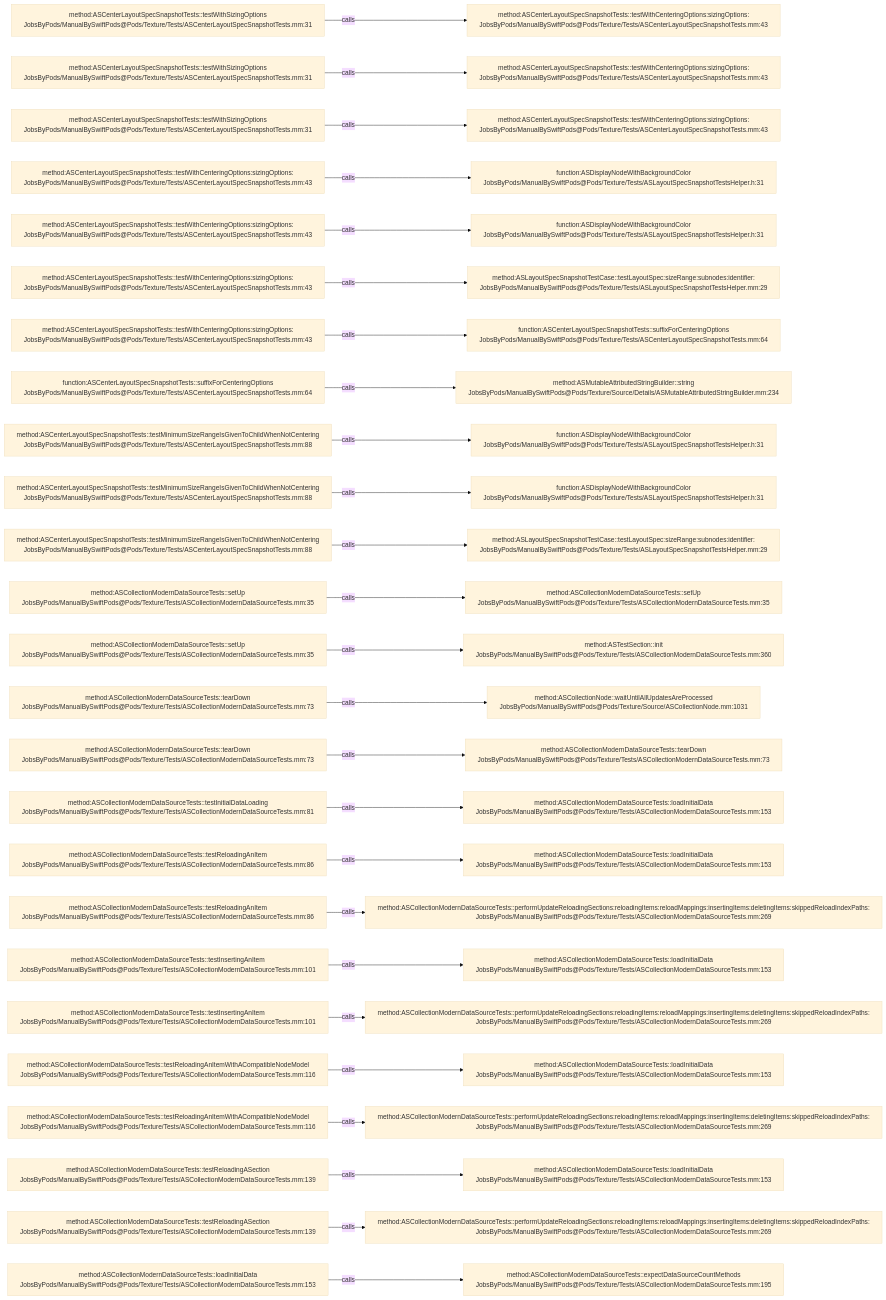
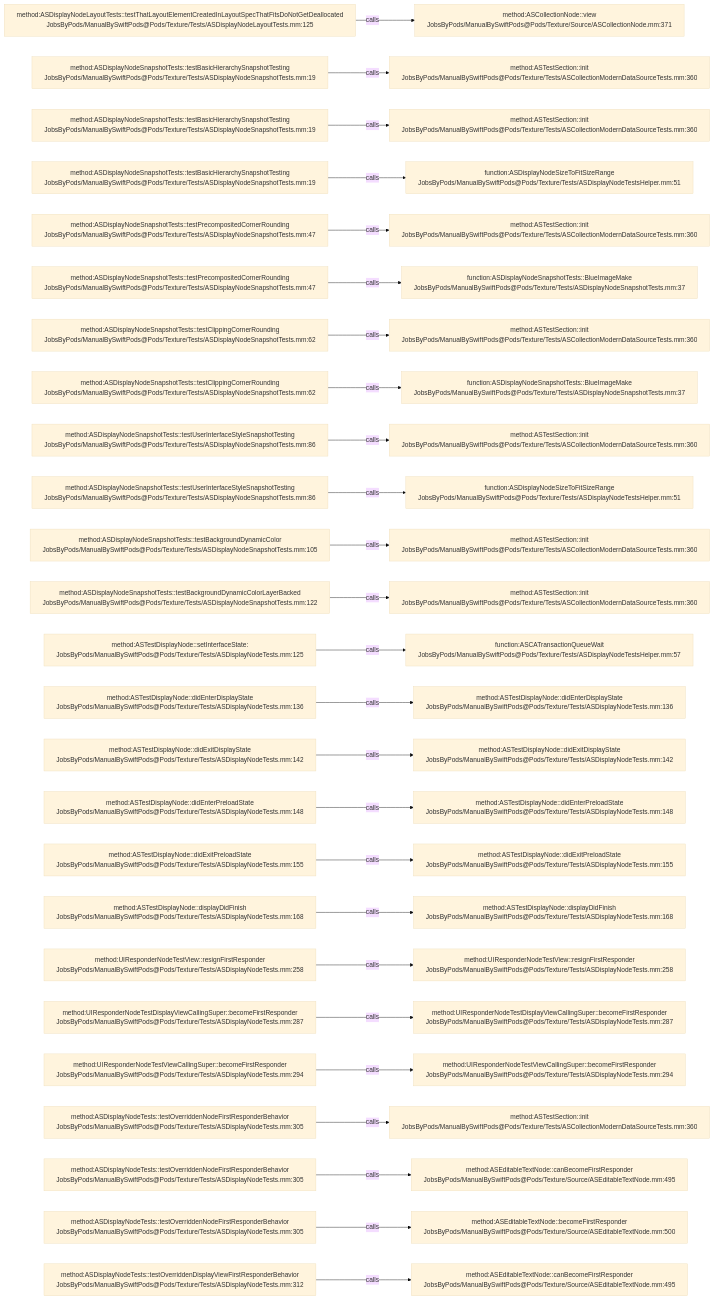
The diagram in .codegraph/codegraph.md/graphs/calls-186.md (JobsKits/JobsSwiftBaseConfigDemo), drawn with Mermaid (base theme) before and after one commit. The commit also changed 832 other files, not shown here.

````diff
--- a/.codegraph/codegraph.md/graphs/calls-186.md
+++ b/.codegraph/codegraph.md/graphs/calls-186.md
@@ -13,78 +13,78 @@
 ```mermaid
 flowchart LR
-  S1["method:ASCenterLayoutSpecSnapshotTests::testWithSizingOptions<br/>JobsByPods/ManualBySwiftPods@Pods/Texture/Tests/ASCenterLayoutSpecSnapshotTests.mm:31"]
-  T1["method:ASCenterLayoutSpecSnapshotTests::testWithCenteringOptions:sizingOptions:<br/>JobsByPods/ManualBySwiftPods@Pods/Texture/Tests/ASCenterLayoutSpecSnapshotTests.mm:43"]
+  S1["method:ASDisplayNodeLayoutTests::testThatLayoutElementCreatedInLayoutSpecThatFitsDoNotGetDeallocated<br/>JobsByPods/ManualBySwiftPods@Pods/Texture/Tests/ASDisplayNodeLayoutTests.mm:125"]
+  T1["method:ASCollectionNode::view<br/>JobsByPods/ManualBySwiftPods@Pods/Texture/Source/ASCollectionNode.mm:371"]
   S1 -->|calls| T1
-  S2["method:ASCenterLayoutSpecSnapshotTests::testWithSizingOptions<br/>JobsByPods/ManualBySwiftPods@Pods/Texture/Tests/ASCenterLayoutSpecSnapshotTests.mm:31"]
-  T2["method:ASCenterLayoutSpecSnapshotTests::testWithCenteringOptions:sizingOptions:<br/>JobsByPods/ManualBySwiftPods@Pods/Texture/Tests/ASCenterLayoutSpecSnapshotTests.mm:43"]
+  S2["method:ASDisplayNodeSnapshotTests::testBasicHierarchySnapshotTesting<br/>JobsByPods/ManualBySwiftPods@Pods/Texture/Tests/ASDisplayNodeSnapshotTests.mm:19"]
+  T2["method:ASTestSection::init<br/>JobsByPods/ManualBySwiftPods@Pods/Texture/Tests/ASCollectionModernDataSourceTests.mm:360"]
   S2 -->|calls| T2
-  S3["method:ASCenterLayoutSpecSnapshotTests::testWithSizingOptions<br/>JobsByPods/ManualBySwiftPods@Pods/Texture/Tests/ASCenterLayoutSpecSnapshotTests.mm:31"]
-  T3["method:ASCenterLayoutSpecSnapshotTests::testWithCenteringOptions:sizingOptions:<br/>JobsByPods/ManualBySwiftPods@Pods/Texture/Tests/ASCenterLayoutSpecSnapshotTests.mm:43"]
+  S3["method:ASDisplayNodeSnapshotTests::testBasicHierarchySnapshotTesting<br/>JobsByPods/ManualBySwiftPods@Pods/Texture/Tests/ASDisplayNodeSnapshotTests.mm:19"]
+  T3["method:ASTestSection::init<br/>JobsByPods/ManualBySwiftPods@Pods/Texture/Tests/ASCollectionModernDataSourceTests.mm:360"]
   S3 -->|calls| T3
-  S4["method:ASCenterLayoutSpecSnapshotTests::testWithCenteringOptions:sizingOptions:<br/>JobsByPods/ManualBySwiftPods@Pods/Texture/Tests/ASCenterLayoutSpecSnapshotTests.mm:43"]
-  T4["function:ASDisplayNodeWithBackgroundColor<br/>JobsByPods/ManualBySwiftPods@Pods/Texture/Tests/ASLayoutSpecSnapshotTestsHelper.h:31"]
+  S4["method:ASDisplayNodeSnapshotTests::testBasicHierarchySnapshotTesting<br/>JobsByPods/ManualBySwiftPods@Pods/Texture/Tests/ASDisplayNodeSnapshotTests.mm:19"]
+  T4["function:ASDisplayNodeSizeToFitSizeRange<br/>JobsByPods/ManualBySwiftPods@Pods/Texture/Tests/ASDisplayNodeTestsHelper.mm:51"]
   S4 -->|calls| T4
-  S5["method:ASCenterLayoutSpecSnapshotTests::testWithCenteringOptions:sizingOptions:<br/>JobsByPods/ManualBySwiftPods@Pods/Texture/Tests/ASCenterLayoutSpecSnapshotTests.mm:43"]
-  T5["function:ASDisplayNodeWithBackgroundColor<br/>JobsByPods/ManualBySwiftPods@Pods/Texture/Tests/ASLayoutSpecSnapshotTestsHelper.h:31"]
+  S5["method:ASDisplayNodeSnapshotTests::testPrecompositedCornerRounding<br/>JobsByPods/ManualBySwiftPods@Pods/Texture/Tests/ASDisplayNodeSnapshotTests.mm:47"]
+  T5["method:ASTestSection::init<br/>JobsByPods/ManualBySwiftPods@Pods/Texture/Tests/ASCollectionModernDataSourceTests.mm:360"]
   S5 -->|calls| T5
-  S6["method:ASCenterLayoutSpecSnapshotTests::testWithCenteringOptions:sizingOptions:<br/>JobsByPods/ManualBySwiftPods@Pods/Texture/Tests/ASCenterLayoutSpecSnapshotTests.mm:43"]
-  T6["method:ASLayoutSpecSnapshotTestCase::testLayoutSpec:sizeRange:subnodes:identifier:<br/>JobsByPods/ManualBySwiftPods@Pods/Texture/Tests/ASLayoutSpecSnapshotTestsHelper.mm:29"]
+  S6["method:ASDisplayNodeSnapshotTests::testPrecompositedCornerRounding<br/>JobsByPods/ManualBySwiftPods@Pods/Texture/Tests/ASDisplayNodeSnapshotTests.mm:47"]
+  T6["function:ASDisplayNodeSnapshotTests::BlueImageMake<br/>JobsByPods/ManualBySwiftPods@Pods/Texture/Tests/ASDisplayNodeSnapshotTests.mm:37"]
   S6 -->|calls| T6
-  S7["method:ASCenterLayoutSpecSnapshotTests::testWithCenteringOptions:sizingOptions:<br/>JobsByPods/ManualBySwiftPods@Pods/Texture/Tests/ASCenterLayoutSpecSnapshotTests.mm:43"]
-  T7["function:ASCenterLayoutSpecSnapshotTests::suffixForCenteringOptions<br/>JobsByPods/ManualBySwiftPods@Pods/Texture/Tests/ASCenterLayoutSpecSnapshotTests.mm:64"]
+  S7["method:ASDisplayNodeSnapshotTests::testClippingCornerRounding<br/>JobsByPods/ManualBySwiftPods@Pods/Texture/Tests/ASDisplayNodeSnapshotTests.mm:62"]
+  T7["method:ASTestSection::init<br/>JobsByPods/ManualBySwiftPods@Pods/Texture/Tests/ASCollectionModernDataSourceTests.mm:360"]
   S7 -->|calls| T7
-  S8["function:ASCenterLayoutSpecSnapshotTests::suffixForCenteringOptions<br/>JobsByPods/ManualBySwiftPods@Pods/Texture/Tests/ASCenterLayoutSpecSnapshotTests.mm:64"]
-  T8["method:ASMutableAttributedStringBuilder::string<br/>JobsByPods/ManualBySwiftPods@Pods/Texture/Source/Details/ASMutableAttributedStringBuilder.mm:234"]
+  S8["method:ASDisplayNodeSnapshotTests::testClippingCornerRounding<br/>JobsByPods/ManualBySwiftPods@Pods/Texture/Tests/ASDisplayNodeSnapshotTests.mm:62"]
+  T8["function:ASDisplayNodeSnapshotTests::BlueImageMake<br/>JobsByPods/ManualBySwiftPods@Pods/Texture/Tests/ASDisplayNodeSnapshotTests.mm:37"]
   S8 -->|calls| T8
-  S9["method:ASCenterLayoutSpecSnapshotTests::testMinimumSizeRangeIsGivenToChildWhenNotCentering<br/>JobsByPods/ManualBySwiftPods@Pods/Texture/Tests/ASCenterLayoutSpecSnapshotTests.mm:88"]
-  T9["function:ASDisplayNodeWithBackgroundColor<br/>JobsByPods/ManualBySwiftPods@Pods/Texture/Tests/ASLayoutSpecSnapshotTestsHelper.h:31"]
+  S9["method:ASDisplayNodeSnapshotTests::testUserInterfaceStyleSnapshotTesting<br/>JobsByPods/ManualBySwiftPods@Pods/Texture/Tests/ASDisplayNodeSnapshotTests.mm:86"]
+  T9["method:ASTestSection::init<br/>JobsByPods/ManualBySwiftPods@Pods/Texture/Tests/ASCollectionModernDataSourceTests.mm:360"]
   S9 -->|calls| T9
-  S10["method:ASCenterLayoutSpecSnapshotTests::testMinimumSizeRangeIsGivenToChildWhenNotCentering<br/>JobsByPods/ManualBySwiftPods@Pods/Texture/Tests/ASCenterLayoutSpecSnapshotTests.mm:88"]
-  T10["function:ASDisplayNodeWithBackgroundColor<br/>JobsByPods/ManualBySwiftPods@Pods/Texture/Tests/ASLayoutSpecSnapshotTestsHelper.h:31"]
+  S10["method:ASDisplayNodeSnapshotTests::testUserInterfaceStyleSnapshotTesting<br/>JobsByPods/ManualBySwiftPods@Pods/Texture/Tests/ASDisplayNodeSnapshotTests.mm:86"]
+  T10["function:ASDisplayNodeSizeToFitSizeRange<br/>JobsByPods/ManualBySwiftPods@Pods/Texture/Tests/ASDisplayNodeTestsHelper.mm:51"]
   S10 -->|calls| T10
-  S11["method:ASCenterLayoutSpecSnapshotTests::testMinimumSizeRangeIsGivenToChildWhenNotCentering<br/>JobsByPods/ManualBySwiftPods@Pods/Texture/Tests/ASCenterLayoutSpecSnapshotTests.mm:88"]
-  T11["method:ASLayoutSpecSnapshotTestCase::testLayoutSpec:sizeRange:subnodes:identifier:<br/>JobsByPods/ManualBySwiftPods@Pods/Texture/Tests/ASLayoutSpecSnapshotTestsHelper.mm:29"]
+  S11["method:ASDisplayNodeSnapshotTests::testBackgroundDynamicColor<br/>JobsByPods/ManualBySwiftPods@Pods/Texture/Tests/ASDisplayNodeSnapshotTests.mm:105"]
+  T11["method:ASTestSection::init<br/>JobsByPods/ManualBySwiftPods@Pods/Texture/Tests/ASCollectionModernDataSourceTests.mm:360"]
   S11 -->|calls| T11
-  S12["method:ASCollectionModernDataSourceTests::setUp<br/>JobsByPods/ManualBySwiftPods@Pods/Texture/Tests/ASCollectionModernDataSourceTests.mm:35"]
-  T12["method:ASCollectionModernDataSourceTests::setUp<br/>JobsByPods/ManualBySwiftPods@Pods/Texture/Tests/ASCollectionModernDataSourceTests.mm:35"]
+  S12["method:ASDisplayNodeSnapshotTests::testBackgroundDynamicColorLayerBacked<br/>JobsByPods/ManualBySwiftPods@Pods/Texture/Tests/ASDisplayNodeSnapshotTests.mm:122"]
+  T12["method:ASTestSection::init<br/>JobsByPods/ManualBySwiftPods@Pods/Texture/Tests/ASCollectionModernDataSourceTests.mm:360"]
   S12 -->|calls| T12
-  S13["method:ASCollectionModernDataSourceTests::setUp<br/>JobsByPods/ManualBySwiftPods@Pods/Texture/Tests/ASCollectionModernDataSourceTests.mm:35"]
-  T13["method:ASTestSection::init<br/>JobsByPods/ManualBySwiftPods@Pods/Texture/Tests/ASCollectionModernDataSourceTests.mm:360"]
+  S13["method:ASTestDisplayNode::setInterfaceState:<br/>JobsByPods/ManualBySwiftPods@Pods/Texture/Tests/ASDisplayNodeTests.mm:125"]
+  T13["function:ASCATransactionQueueWait<br/>JobsByPods/ManualBySwiftPods@Pods/Texture/Tests/ASDisplayNodeTestsHelper.mm:57"]
   S13 -->|calls| T13
-  S14["method:ASCollectionModernDataSourceTests::tearDown<br/>JobsByPods/ManualBySwiftPods@Pods/Texture/Tests/ASCollectionModernDataSourceTests.mm:73"]
-  T14["method:ASCollectionNode::waitUntilAllUpdatesAreProcessed<br/>JobsByPods/ManualBySwiftPods@Pods/Texture/Source/ASCollectionNode.mm:1031"]
+  S14["method:ASTestDisplayNode::didEnterDisplayState<br/>JobsByPods/ManualBySwiftPods@Pods/Texture/Tests/ASDisplayNodeTests.mm:136"]
+  T14["method:ASTestDisplayNode::didEnterDisplayState<br/>JobsByPods/ManualBySwiftPods@Pods/Texture/Tests/ASDisplayNodeTests.mm:136"]
   S14 -->|calls| T14
-  S15["method:ASCollectionModernDataSourceTests::tearDown<br/>JobsByPods/ManualBySwiftPods@Pods/Texture/Tests/ASCollectionModernDataSourceTests.mm:73"]
-  T15["method:ASCollectionModernDataSourceTests::tearDown<br/>JobsByPods/ManualBySwiftPods@Pods/Texture/Tests/ASCollectionModernDataSourceTests.mm:73"]
+  S15["method:ASTestDisplayNode::didExitDisplayState<br/>JobsByPods/ManualBySwiftPods@Pods/Texture/Tests/ASDisplayNodeTests.mm:142"]
+  T15["method:ASTestDisplayNode::didExitDisplayState<br/>JobsByPods/ManualBySwiftPods@Pods/Texture/Tests/ASDisplayNodeTests.mm:142"]
   S15 -->|calls| T15
-  S16["method:ASCollectionModernDataSourceTests::testInitialDataLoading<br/>JobsByPods/ManualBySwiftPods@Pods/Texture/Tests/ASCollectionModernDataSourceTests.mm:81"]
-  T16["method:ASCollectionModernDataSourceTests::loadInitialData<br/>JobsByPods/ManualBySwiftPods@Pods/Texture/Tests/ASCollectionModernDataSourceTests.mm:153"]
+  S16["method:ASTestDisplayNode::didEnterPreloadState<br/>JobsByPods/ManualBySwiftPods@Pods/Texture/Tests/ASDisplayNodeTests.mm:148"]
+  T16["method:ASTestDisplayNode::didEnterPreloadState<br/>JobsByPods/ManualBySwiftPods@Pods/Texture/Tests/ASDisplayNodeTests.mm:148"]
   S16 -->|calls| T16
-  S17["method:ASCollectionModernDataSourceTests::testReloadingAnItem<br/>JobsByPods/ManualBySwiftPods@Pods/Texture/Tests/ASCollectionModernDataSourceTests.mm:86"]
-  T17["method:ASCollectionModernDataSourceTests::loadInitialData<br/>JobsByPods/ManualBySwiftPods@Pods/Texture/Tests/ASCollectionModernDataSourceTests.mm:153"]
+  S17["method:ASTestDisplayNode::didExitPreloadState<br/>JobsByPods/ManualBySwiftPods@Pods/Texture/Tests/ASDisplayNodeTests.mm:155"]
+  T17["method:ASTestDisplayNode::didExitPreloadState<br/>JobsByPods/ManualBySwiftPods@Pods/Texture/Tests/ASDisplayNodeTests.mm:155"]
   S17 -->|calls| T17
-  S18["method:ASCollectionModernDataSourceTests::testReloadingAnItem<br/>JobsByPods/ManualBySwiftPods@Pods/Texture/Tests/ASCollectionModernDataSourceTests.mm:86"]
-  T18["method:ASCollectionModernDataSourceTests::performUpdateReloadingSections:reloadingItems:reloadMappings:insertingItems:deletingItems:skippedReloadIndexPaths:<br/>JobsByPods/ManualBySwiftPods@Pods/Texture/Tests/ASCollectionModernDataSourceTests.mm:269"]
+  S18["method:ASTestDisplayNode::displayDidFinish<br/>JobsByPods/ManualBySwiftPods@Pods/Texture/Tests/ASDisplayNodeTests.mm:168"]
+  T18["method:ASTestDisplayNode::displayDidFinish<br/>JobsByPods/ManualBySwiftPods@Pods/Texture/Tests/ASDisplayNodeTests.mm:168"]
   S18 -->|calls| T18
-  S19["method:ASCollectionModernDataSourceTests::testInsertingAnItem<br/>JobsByPods/ManualBySwiftPods@Pods/Texture/Tests/ASCollectionModernDataSourceTests.mm:101"]
-  T19["method:ASCollectionModernDataSourceTests::loadInitialData<br/>JobsByPods/ManualBySwiftPods@Pods/Texture/Tests/ASCollectionModernDataSourceTests.mm:153"]
+  S19["method:UIResponderNodeTestView::resignFirstResponder<br/>JobsByPods/ManualBySwiftPods@Pods/Texture/Tests/ASDisplayNodeTests.mm:258"]
+  T19["method:UIResponderNodeTestView::resignFirstResponder<br/>JobsByPods/ManualBySwiftPods@Pods/Texture/Tests/ASDisplayNodeTests.mm:258"]
   S19 -->|calls| T19
-  S20["method:ASCollectionModernDataSourceTests::testInsertingAnItem<br/>JobsByPods/ManualBySwiftPods@Pods/Texture/Tests/ASCollectionModernDataSourceTests.mm:101"]
-  T20["method:ASCollectionModernDataSourceTests::performUpdateReloadingSections:reloadingItems:reloadMappings:insertingItems:deletingItems:skippedReloadIndexPaths:<br/>JobsByPods/ManualBySwiftPods@Pods/Texture/Tests/ASCollectionModernDataSourceTests.mm:269"]
+  S20["method:UIResponderNodeTestDisplayViewCallingSuper::becomeFirstResponder<br/>JobsByPods/ManualBySwiftPods@Pods/Texture/Tests/ASDisplayNodeTests.mm:287"]
+  T20["method:UIResponderNodeTestDisplayViewCallingSuper::becomeFirstResponder<br/>JobsByPods/ManualBySwiftPods@Pods/Texture/Tests/ASDisplayNodeTests.mm:287"]
   S20 -->|calls| T20
-  S21["method:ASCollectionModernDataSourceTests::testReloadingAnItemWithACompatibleNodeModel<br/>JobsByPods/ManualBySwiftPods@Pods/Texture/Tests/ASCollectionModernDataSourceTests.mm:116"]
-  T21["method:ASCollectionModernDataSourceTests::loadInitialData<br/>JobsByPods/ManualBySwiftPods@Pods/Texture/Tests/ASCollectionModernDataSourceTests.mm:153"]
+  S21["method:UIResponderNodeTestViewCallingSuper::becomeFirstResponder<br/>JobsByPods/ManualBySwiftPods@Pods/Texture/Tests/ASDisplayNodeTests.mm:294"]
+  T21["method:UIResponderNodeTestViewCallingSuper::becomeFirstResponder<br/>JobsByPods/ManualBySwiftPods@Pods/Texture/Tests/ASDisplayNodeTests.mm:294"]
   S21 -->|calls| T21
-  S22["method:ASCollectionModernDataSourceTests::testReloadingAnItemWithACompatibleNodeModel<br/>JobsByPods/ManualBySwiftPods@Pods/Texture/Tests/ASCollectionModernDataSourceTests.mm:116"]
-  T22["method:ASCollectionModernDataSourceTests::performUpdateReloadingSections:reloadingItems:reloadMappings:insertingItems:deletingItems:skippedReloadIndexPaths:<br/>JobsByPods/ManualBySwiftPods@Pods/Texture/Tests/ASCollectionModernDataSourceTests.mm:269"]
+  S22["method:ASDisplayNodeTests::testOverriddenNodeFirstResponderBehavior<br/>JobsByPods/ManualBySwiftPods@Pods/Texture/Tests/ASDisplayNodeTests.mm:305"]
+  T22["method:ASTestSection::init<br/>JobsByPods/ManualBySwiftPods@Pods/Texture/Tests/ASCollectionModernDataSourceTests.mm:360"]
   S22 -->|calls| T22
-  S23["method:ASCollectionModernDataSourceTests::testReloadingASection<br/>JobsByPods/ManualBySwiftPods@Pods/Texture/Tests/ASCollectionModernDataSourceTests.mm:139"]
-  T23["method:ASCollectionModernDataSourceTests::loadInitialData<br/>JobsByPods/ManualBySwiftPods@Pods/Texture/Tests/ASCollectionModernDataSourceTests.mm:153"]
+  S23["method:ASDisplayNodeTests::testOverriddenNodeFirstResponderBehavior<br/>JobsByPods/ManualBySwiftPods@Pods/Texture/Tests/ASDisplayNodeTests.mm:305"]
+  T23["method:ASEditableTextNode::canBecomeFirstResponder<br/>JobsByPods/ManualBySwiftPods@Pods/Texture/Source/ASEditableTextNode.mm:495"]
   S23 -->|calls| T23
-  S24["method:ASCollectionModernDataSourceTests::testReloadingASection<br/>JobsByPods/ManualBySwiftPods@Pods/Texture/Tests/ASCollectionModernDataSourceTests.mm:139"]
-  T24["method:ASCollectionModernDataSourceTests::performUpdateReloadingSections:reloadingItems:reloadMappings:insertingItems:deletingItems:skippedReloadIndexPaths:<br/>JobsByPods/ManualBySwiftPods@Pods/Texture/Tests/ASCollectionModernDataSourceTests.mm:269"]
+  S24["method:ASDisplayNodeTests::testOverriddenNodeFirstResponderBehavior<br/>JobsByPods/ManualBySwiftPods@Pods/Texture/Tests/ASDisplayNodeTests.mm:305"]
+  T24["method:ASEditableTextNode::becomeFirstResponder<br/>JobsByPods/ManualBySwiftPods@Pods/Texture/Source/ASEditableTextNode.mm:500"]
   S24 -->|calls| T24
-  S25["method:ASCollectionModernDataSourceTests::loadInitialData<br/>JobsByPods/ManualBySwiftPods@Pods/Texture/Tests/ASCollectionModernDataSourceTests.mm:153"]
-  T25["method:ASCollectionModernDataSourceTests::expectDataSourceCountMethods<br/>JobsByPods/ManualBySwiftPods@Pods/Texture/Tests/ASCollectionModernDataSourceTests.mm:195"]
+  S25["method:ASDisplayNodeTests::testOverriddenDisplayViewFirstResponderBehavior<br/>JobsByPods/ManualBySwiftPods@Pods/Texture/Tests/ASDisplayNodeTests.mm:312"]
+  T25["method:ASEditableTextNode::canBecomeFirstResponder<br/>JobsByPods/ManualBySwiftPods@Pods/Texture/Source/ASEditableTextNode.mm:495"]
   S25 -->|calls| T25
 ```
````
